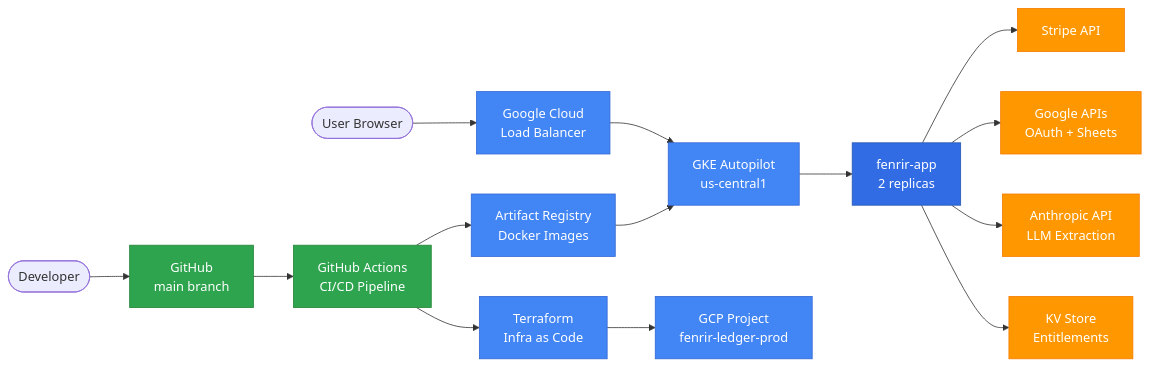
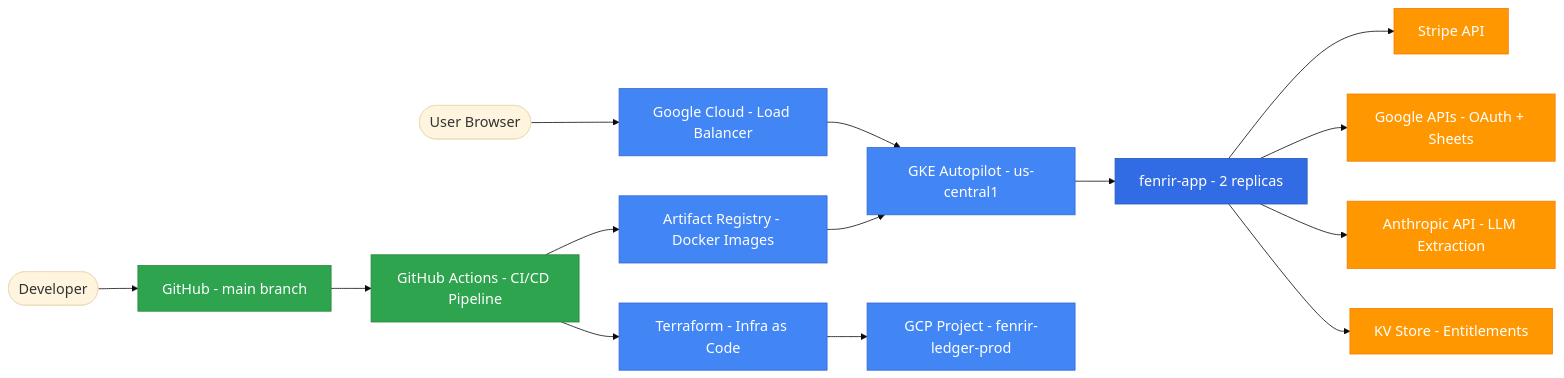
The first of 9 diagrams in architecture/system-design.md (declanshanaghy/fenrir-ledger), drawn with Mermaid before and after one commit. The commit also changed other lines of this file and 2 other files, not shown here.

First line of the commit message:
chore: add fontSize and line-break rules to mermaid style guide

````diff
--- a/architecture/system-design.md
+++ b/architecture/system-design.md
@@ -13,36 +13,37 @@
 ```mermaid
+%%{init: {'theme': 'base', 'themeVariables': {'fontSize': '18px'}}}%%
 graph LR
     classDef gcp fill:#4285F4,stroke:#3367D6,color:#FFF
     classDef k8s fill:#326CE5,stroke:#2558B1,color:#FFF
     classDef ext fill:#FF9800,stroke:#F57C00,color:#FFF
     classDef ci fill:#2EA44F,stroke:#238636,color:#FFF
 
-    user([User Browser]) --> lb[Google Cloud\nLoad Balancer]
-    lb --> gke[GKE Autopilot\nus-central1]
-    gke --> app[fenrir-app\n2 replicas]
+    user([User Browser]) --> lb[Google Cloud - Load Balancer]
+    lb --> gke[GKE Autopilot - us-central1]
+    gke --> app[fenrir-app - 2 replicas]
 
-    dev([Developer]) --> gh[GitHub\nmain branch]
-    gh --> actions[GitHub Actions\nCI/CD Pipeline]
-    actions --> tf[Terraform\nInfra as Code]
-    actions --> ar[Artifact Registry\nDocker Images]
+    dev([Developer]) --> gh[GitHub - main branch]
+    gh --> actions[GitHub Actions - CI/CD Pipeline]
+    actions --> tf[Terraform - Infra as Code]
+    actions --> ar[Artifact Registry - Docker Images]
     ar --> gke
-    tf --> gcp[GCP Project\nfenrir-ledger-prod]
+    tf --> gcp[GCP Project - fenrir-ledger-prod]
 
     app --> stripe[Stripe API]
-    app --> google[Google APIs\nOAuth + Sheets]
-    app --> anthropic[Anthropic API\nLLM Extraction]
-    app --> kv[KV Store\nEntitlements]
+    app --> google[Google APIs - OAuth + Sheets]
+    app --> anthropic[Anthropic API - LLM Extraction]
+    app --> kv[KV Store - Entitlements]
 
     class lb gcp
     class gke gcp
     class ar gcp
     class gcp gcp
     class tf gcp
     class app k8s
     class stripe ext
     class google ext
     class anthropic ext
     class kv ext
     class gh ci
     class actions ci
 ```
````
